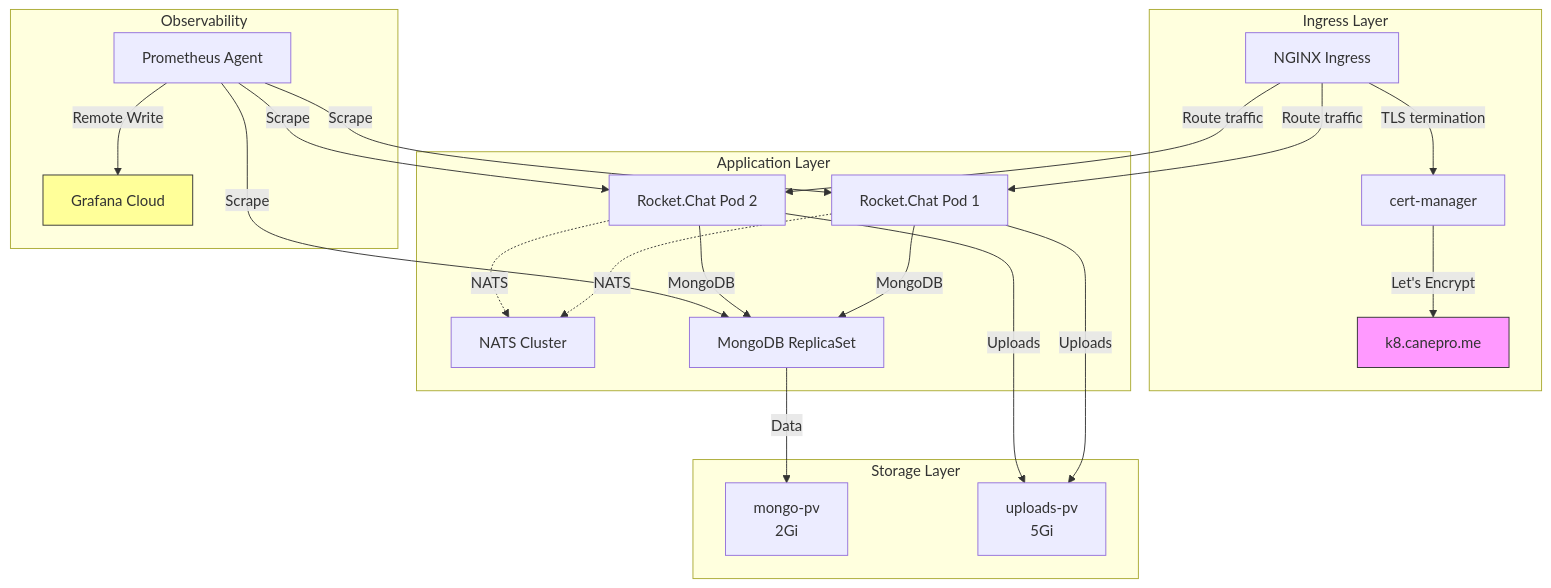
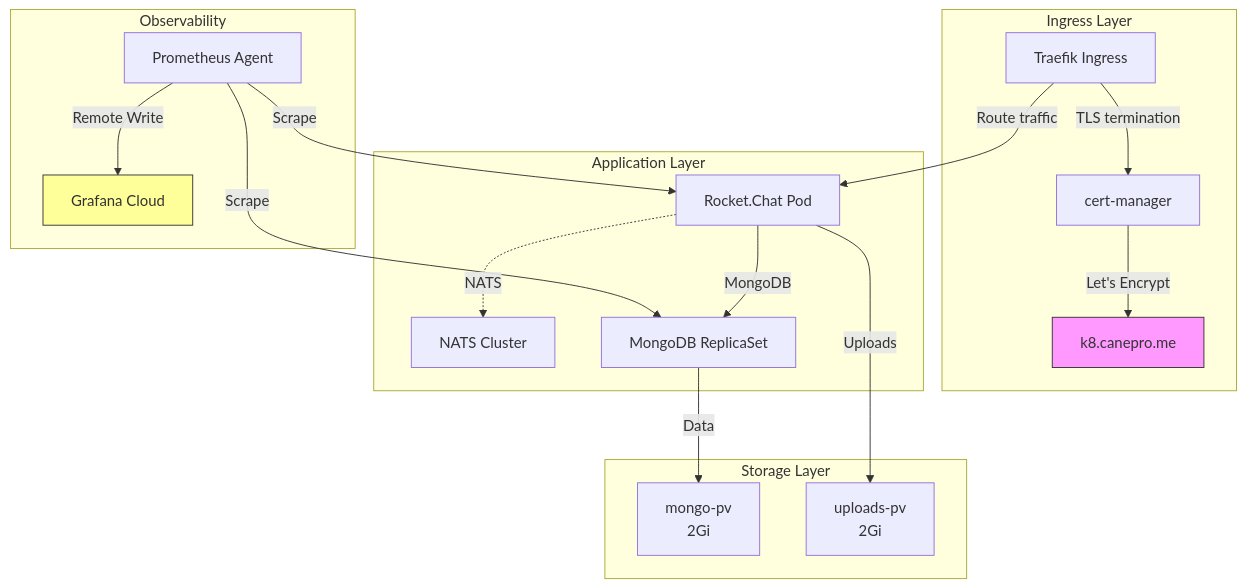
Before and after one commit to Canepro/rocketchat-k8s: the diagram in README.md, drawn with Mermaid. The commit also changed other lines of this file and 8 other files, not shown here.

````diff
--- a/README.md
+++ b/README.md
@@ -100,33 +100,28 @@
 ```mermaid
 graph TB
     subgraph "Ingress Layer"
-        A[NGINX Ingress] -->|TLS termination| B[cert-manager]
+        A[Traefik Ingress] -->|TLS termination| B[cert-manager]
         B -->|Let's Encrypt| C[k8.canepro.me]
     end
     
     subgraph "Application Layer"
-        D[Rocket.Chat Pod 1] -.->|NATS| E[NATS Cluster]
-        F[Rocket.Chat Pod 2] -.->|NATS| E
+        D[Rocket.Chat Pod] -.->|NATS| E[NATS Cluster]
         D -->|MongoDB| G[MongoDB ReplicaSet]
-        F -->|MongoDB| G
     end
     
     subgraph "Storage Layer"
         G -->|Data| H[mongo-pv<br/>2Gi]
-        D -->|Uploads| I[uploads-pv<br/>5Gi]
-        F -->|Uploads| I
+        D -->|Uploads| I[uploads-pv<br/>2Gi]
     end
     
     subgraph "Observability"
         J[Prometheus Agent] -->|Scrape| D
-        J -->|Scrape| F
         J -->|Scrape| G
         J -->|Remote Write| K[Grafana Cloud]
     end
     
     A -->|Route traffic| D
-    A -->|Route traffic| F
     
     style C fill:#f9f,stroke:#333
     style K fill:#ff9,stroke:#333
 ```
````
